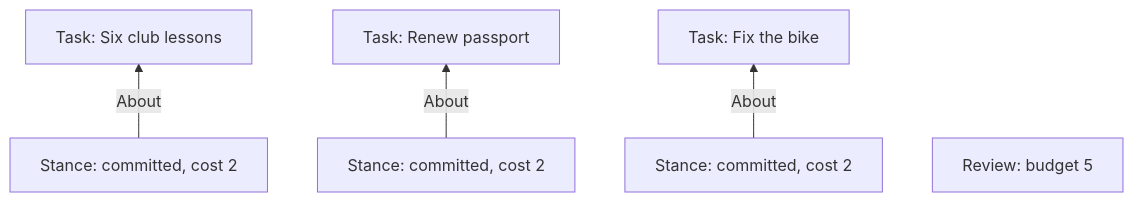
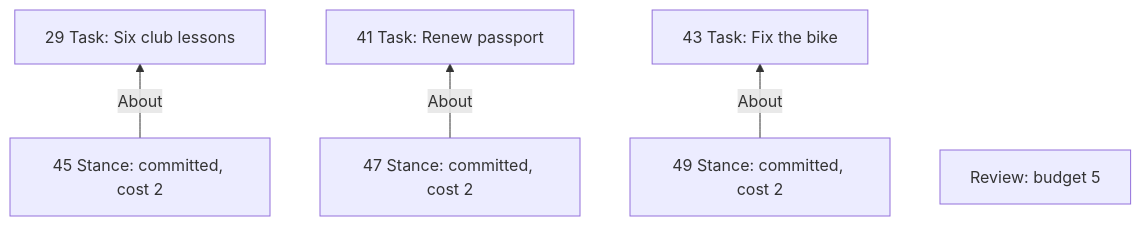
Before and after one commit to RezaOnGithub/lifecore: the fifth of 12 diagrams in docs/PLANNING-EXPLAINER.md, drawn with Mermaid. The commit also changed other lines of this file and 1 other file, not shown here.

````diff
--- a/docs/PLANNING-EXPLAINER.md
+++ b/docs/PLANNING-EXPLAINER.md
@@ -249,10 +639,10 @@
 ```mermaid
 flowchart BT
-    A["Task: Six club lessons"]
-    B["Task: Renew passport"]
-    C["Task: Fix the bike"]
-    SA["Stance: committed, cost 2"] -- About --> A
-    SB["Stance: committed, cost 2"] -- About --> B
-    SC["Stance: committed, cost 2"] -- About --> C
+    A["29 Task: Six club lessons"]
+    B["41 Task: Renew passport"]
+    C["43 Task: Fix the bike"]
+    SA["45 Stance: committed, cost 2"] -- About --> A
+    SB["47 Stance: committed, cost 2"] -- About --> B
+    SC["49 Stance: committed, cost 2"] -- About --> C
     R["Review: budget 5"]
 ```
````
